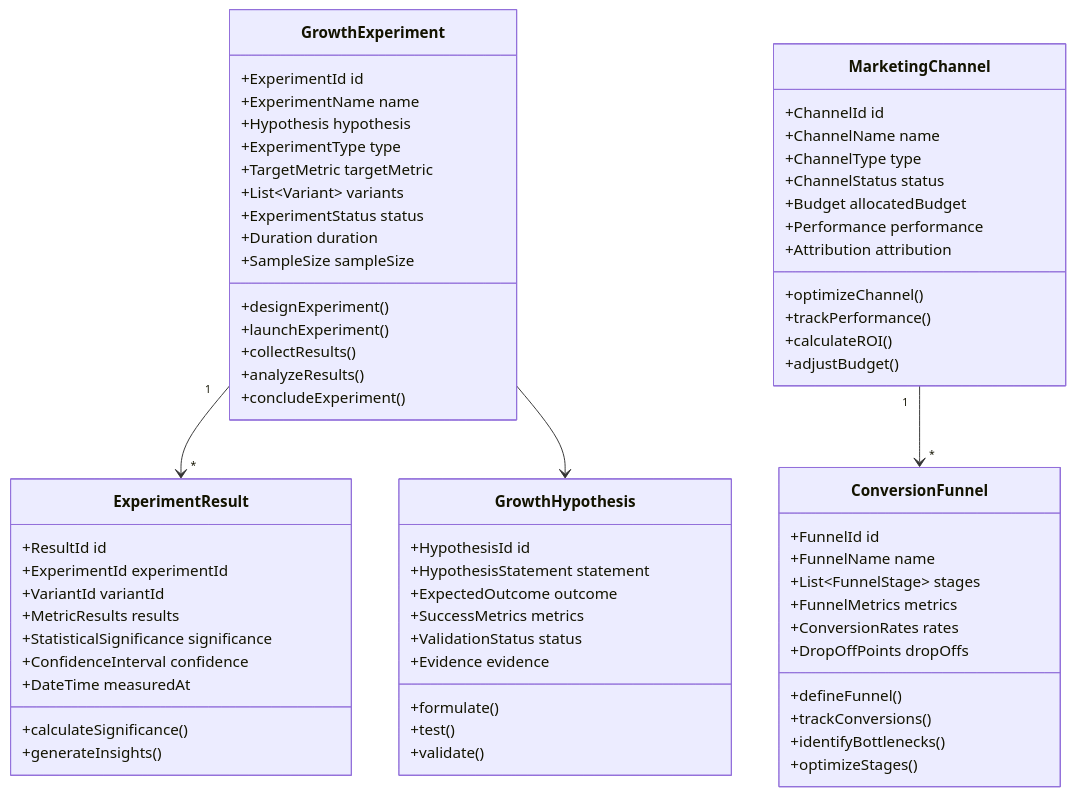
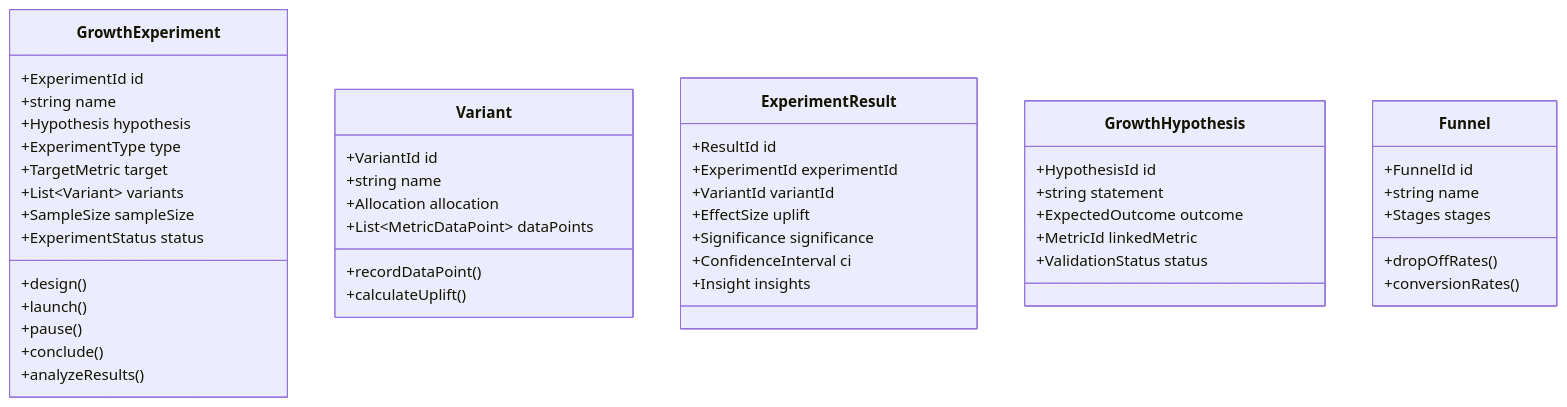
Diagram 12 of 32 in Docs/Requirement/DomainSpecification/StartupEntrepreneurship.md (anuj-noumena/nouassist), drawn with Mermaid before and after one commit. The commit also changed other lines of this file and 134 other files, not shown here.

````diff
--- a/Docs/Requirement/DomainSpecification/StartupEntrepreneurship.md
+++ b/Docs/Requirement/DomainSpecification/StartupEntrepreneurship.md
@@ -972,74 +7181,53 @@
 ```mermaid
 classDiagram
     class GrowthExperiment {
         +ExperimentId id
-        +ExperimentName name
+        +string name
         +Hypothesis hypothesis
         +ExperimentType type
-        +TargetMetric targetMetric
+        +TargetMetric target
         +List~Variant~ variants
+        +SampleSize sampleSize
         +ExperimentStatus status
-        +Duration duration
-        +SampleSize sampleSize
-        +designExperiment()
-        +launchExperiment()
-        +collectResults()
+        +design()
+        +launch()
+        +pause()
+        +conclude()
         +analyzeResults()
-        +concludeExperiment()
     }
-    
-    class MarketingChannel {
-        +ChannelId id
-        +ChannelName name
-        +ChannelType type
-        +ChannelStatus status
-        +Budget allocatedBudget
-        +Performance performance
-        +Attribution attribution
-        +optimizeChannel()
-        +trackPerformance()
-        +calculateROI()
-        +adjustBudget()
+
+    class Variant {
+        +VariantId id
+        +string name
+        +Allocation allocation
+        +List~MetricDataPoint~ dataPoints
+        +recordDataPoint()
+        +calculateUplift()
     }
-    
-    class ConversionFunnel {
-        +FunnelId id
-        +FunnelName name
-        +List~FunnelStage~ stages
-        +FunnelMetrics metrics
-        +ConversionRates rates
-        +DropOffPoints dropOffs
-        +defineFunnel()
-        +trackConversions()
-        +identifyBottlenecks()
-        +optimizeStages()
-    }
-    
+
     class ExperimentResult {
         +ResultId id
         +ExperimentId experimentId
         +VariantId variantId
-        +MetricResults results
-        +StatisticalSignificance significance
-        +ConfidenceInterval confidence
-        +DateTime measuredAt
-        +calculateSignificance()
-        +generateInsights()
+        +EffectSize uplift
+        +Significance significance
+        +ConfidenceInterval ci
+        +Insight insights
     }
-    
+
     class GrowthHypothesis {
         +HypothesisId id
-        +HypothesisStatement statement
+        +string statement
         +ExpectedOutcome outcome
-        +SuccessMetrics metrics
+        +MetricId linkedMetric
         +ValidationStatus status
-        +Evidence evidence
-        +formulate()
-        +test()
-        +validate()
     }
 
-    GrowthExperiment "1" --> "*" ExperimentResult
-    GrowthExperiment --> GrowthHypothesis
-    MarketingChannel "1" --> "*" ConversionFunnel
+    class Funnel {
+        +FunnelId id
+        +string name
+        +Stages stages
+        +dropOffRates()
+        +conversionRates()
+    }
 ```
````
